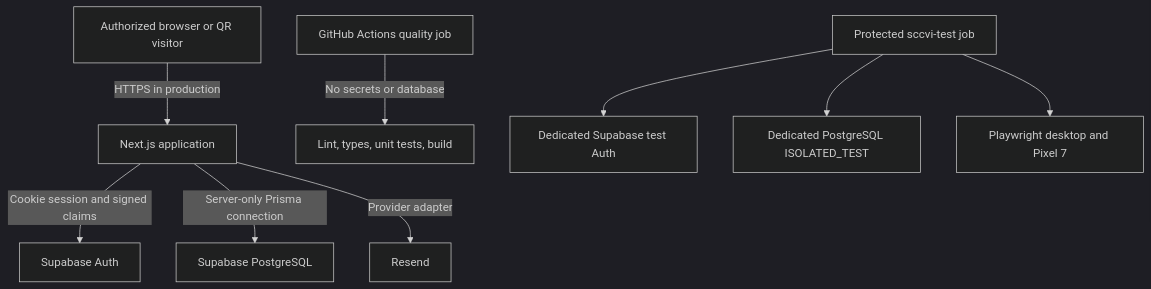
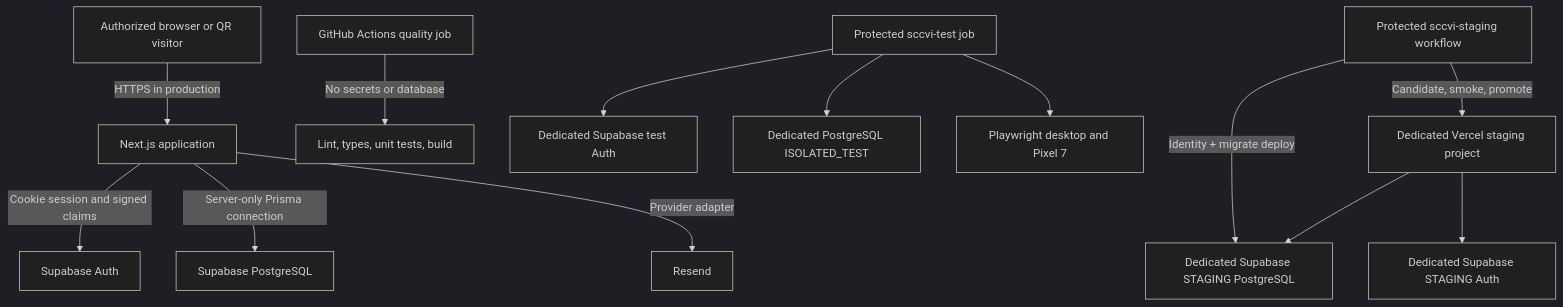
The diagram in docs/uml/deployment-architecture.md (jcmontufar/sccvi), drawn with Mermaid (dark theme) before and after one commit. The commit also changed other lines of this file and 36 other files, not shown here.

````diff
--- a/docs/uml/deployment-architecture.md
+++ b/docs/uml/deployment-architecture.md
@@ -3,11 +3,15 @@
 ```mermaid
 flowchart TB
   User["Authorized browser or QR visitor"] -->|"HTTPS in production"| Web["Next.js application"]
   Web -->|"Cookie session and signed claims"| Auth["Supabase Auth"]
   Web -->|"Server-only Prisma connection"| DB["Supabase PostgreSQL"]
   Web -->|"Provider adapter"| Email["Resend"]
   CI["GitHub Actions quality job"] -->|"No secrets or database"| Build["Lint, types, unit tests, build"]
   E2ECI["Protected sccvi-test job"] --> TestAuth["Dedicated Supabase test Auth"]
   E2ECI --> TestDB["Dedicated PostgreSQL ISOLATED_TEST"]
   E2ECI --> Browser["Playwright desktop and Pixel 7"]
+  Deploy["Protected sccvi-staging workflow"] -->|"Identity + migrate deploy"| StagingDB["Dedicated Supabase STAGING PostgreSQL"]
+  Deploy -->|"Candidate, smoke, promote"| StagingWeb["Dedicated Vercel staging project"]
+  StagingWeb --> StagingAuth["Dedicated Supabase STAGING Auth"]
+  StagingWeb --> StagingDB
 ```
````
